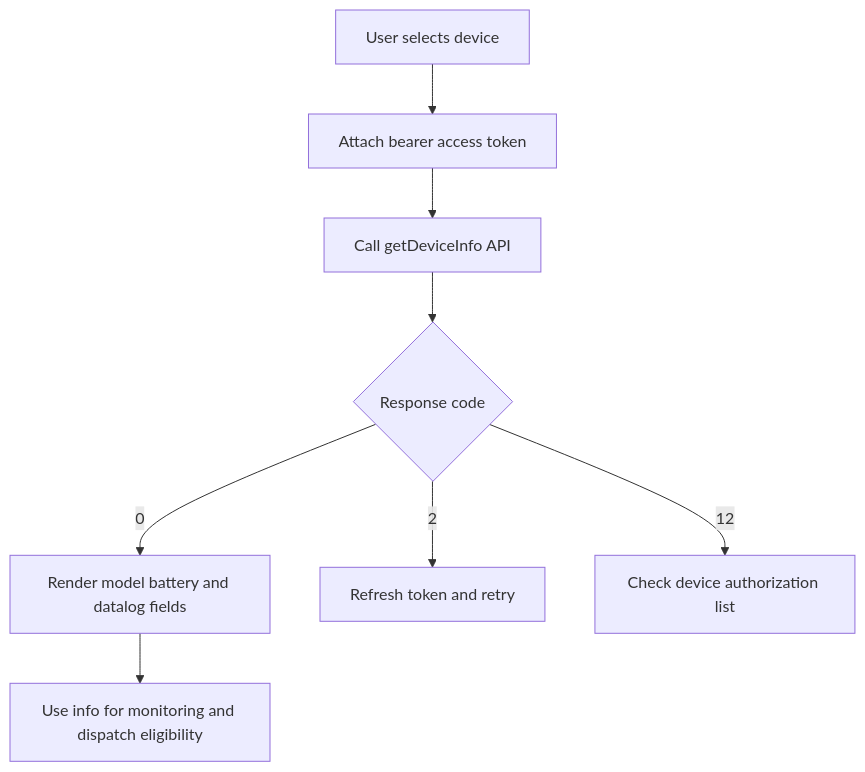
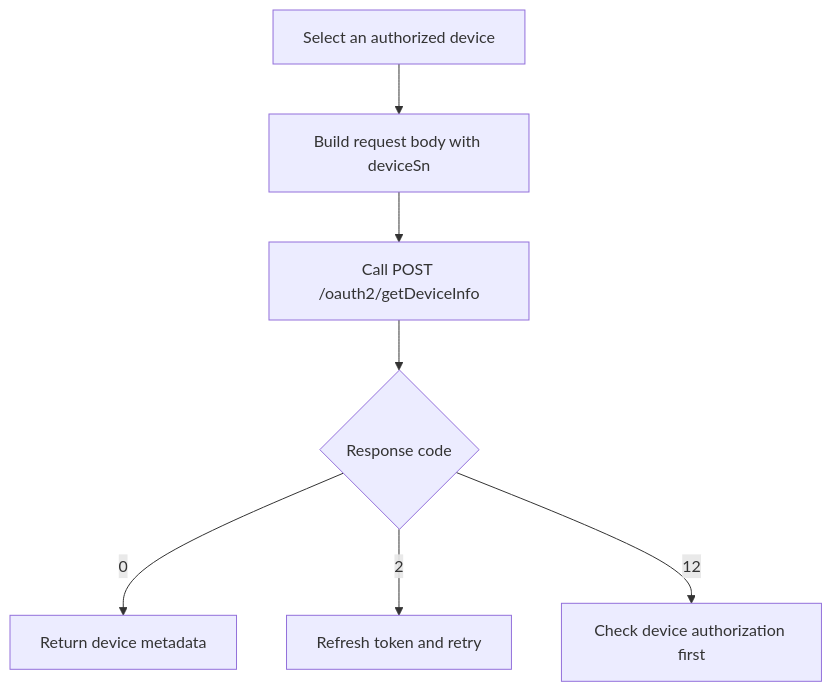
Before and after one commit to EugeneJian/growatt-unified-api: the diagram in Growatt API/OPENAPI/07_api_device_info.md, drawn with Mermaid. The commit also changed other lines of this file and 26 other files, not shown here.

````diff
--- a/Growatt API/OPENAPI/07_api_device_info.md
+++ b/Growatt API/OPENAPI/07_api_device_info.md
@@ -29,11 +21,10 @@
 ```mermaid
 %% 本代码严格遵循AI生成Mermaid代码的终极准则v4.1（Mermaid终极大师）
 flowchart TD
-    A["User selects device"] --> B["Attach bearer access token"]
-    B --> C["Call getDeviceInfo API"]
+    A["Select an authorized device"] --> B["Build request body with deviceSn"]
+    B --> C["Call POST /oauth2/getDeviceInfo"]
     C --> D{"Response code"}
-    D -->|"0"| E["Render model battery and datalog fields"]
+    D -->|"0"| E["Return device metadata"]
     D -->|"2"| F["Refresh token and retry"]
-    D -->|"12"| G["Check device authorization list"]
-    E --> H["Use info for monitoring and dispatch eligibility"]
+    D -->|"12"| G["Check device authorization first"]
 ```
````
